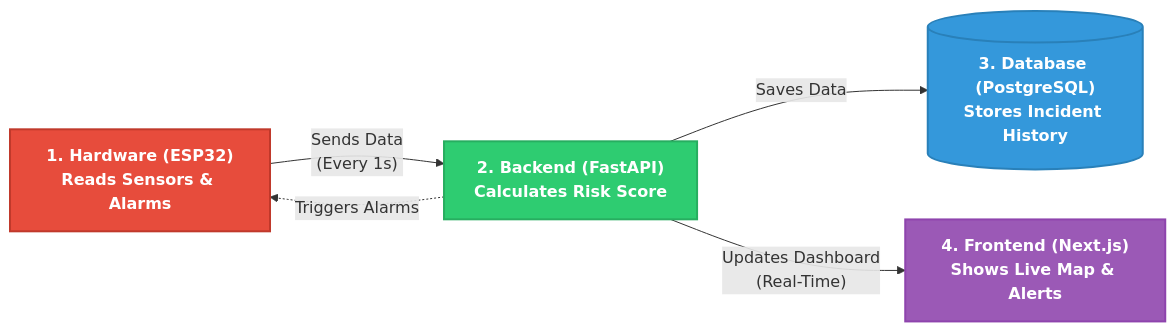
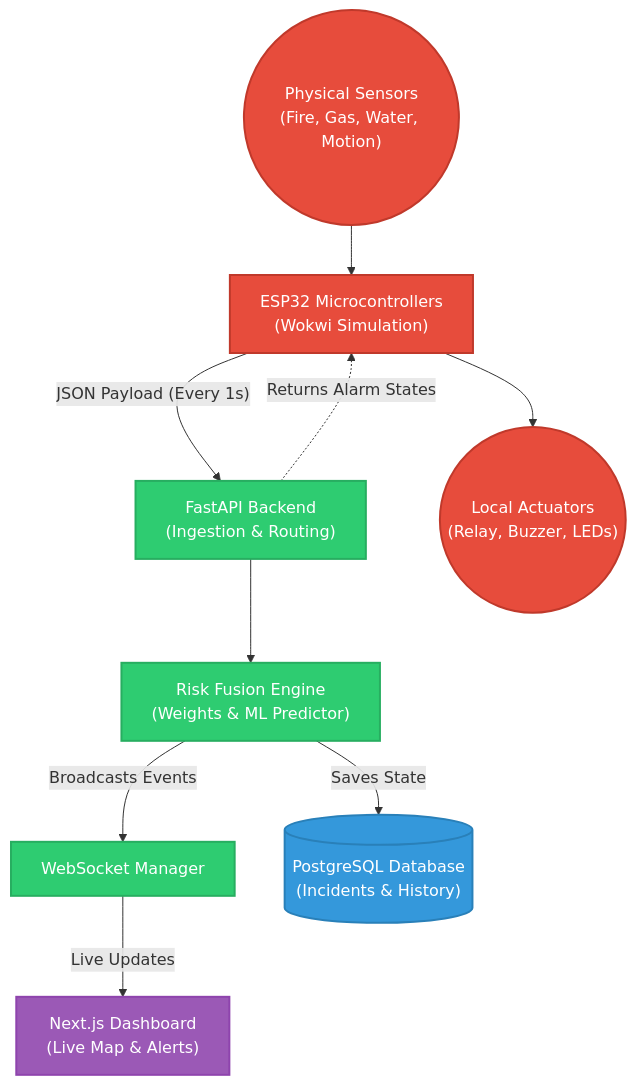
One commit to IsTu25/Robofusion- changed the diagram in README.md. Above: the diagram before and after it, drawn with Mermaid.

Commit message:
Update architecture diagram to a balanced layout

````diff
--- a/README.md
+++ b/README.md
@@ -9,22 +9,35 @@
 ```mermaid
-flowchart LR
-    %% Define Styles
-    classDef hardware fill:#e74c3c,stroke:#c0392b,stroke-width:2px,color:#fff,font-weight:bold
-    classDef backend fill:#2ecc71,stroke:#27ae60,stroke-width:2px,color:#fff,font-weight:bold
-    classDef database fill:#3498db,stroke:#2980b9,stroke-width:2px,color:#fff,font-weight:bold
-    classDef frontend fill:#9b59b6,stroke:#8e44ad,stroke-width:2px,color:#fff,font-weight:bold
+flowchart TD
+    %% Styling
+    classDef hardware fill:#e74c3c,stroke:#c0392b,color:#fff,stroke-width:2px
+    classDef backend fill:#2ecc71,stroke:#27ae60,color:#fff,stroke-width:2px
+    classDef database fill:#3498db,stroke:#2980b9,color:#fff,stroke-width:2px
+    classDef frontend fill:#9b59b6,stroke:#8e44ad,color:#fff,stroke-width:2px
 
-    %% Nodes
-    ESP["1. Hardware (ESP32)\nReads Sensors & Alarms"]:::hardware
-    API["2. Backend (FastAPI)\nCalculates Risk Score"]:::backend
-    DB[("3. Database (PostgreSQL)\nStores Incident History")]:::database
-    UI["4. Frontend (Next.js)\nShows Live Map & Alerts"]:::frontend
+    %% Components
+    SENSORS(("Physical Sensors\n(Fire, Gas, Water, Motion)")):::hardware
+    ESP["ESP32 Microcontrollers\n(Wokwi Simulation)"]:::hardware
+    
+    API["FastAPI Backend\n(Ingestion & Routing)"]:::backend
+    RISK["Risk Fusion Engine\n(Weights & ML Predictor)"]:::backend
+    WS["WebSocket Manager"]:::backend
+    
+    DB[("PostgreSQL Database\n(Incidents & History)")]:::database
+    
+    UI["Next.js Dashboard\n(Live Map & Alerts)"]:::frontend
+    ACTUATORS(("Local Actuators\n(Relay, Buzzer, LEDs)")):::hardware
 
-    %% Connections
-    ESP -- "Sends Data\n(Every 1s)" --> API
-    API -- "Saves Data" --> DB
-    API -- "Updates Dashboard\n(Real-Time)" --> UI
+    %% Flow
+    SENSORS --> ESP
+    ESP -- "JSON Payload (Every 1s)" --> API
+    API --> RISK
     
-    %% Actuation Feedback
-    API -. "Triggers Alarms" .-> ESP
+    RISK -- "Saves State" --> DB
+    RISK -- "Broadcasts Events" --> WS
+    
+    WS -- "Live Updates" --> UI
+    
+    %% Feedback Loop
+    API -. "Returns Alarm States" .-> ESP
+    ESP --> ACTUATORS
 ```
````
